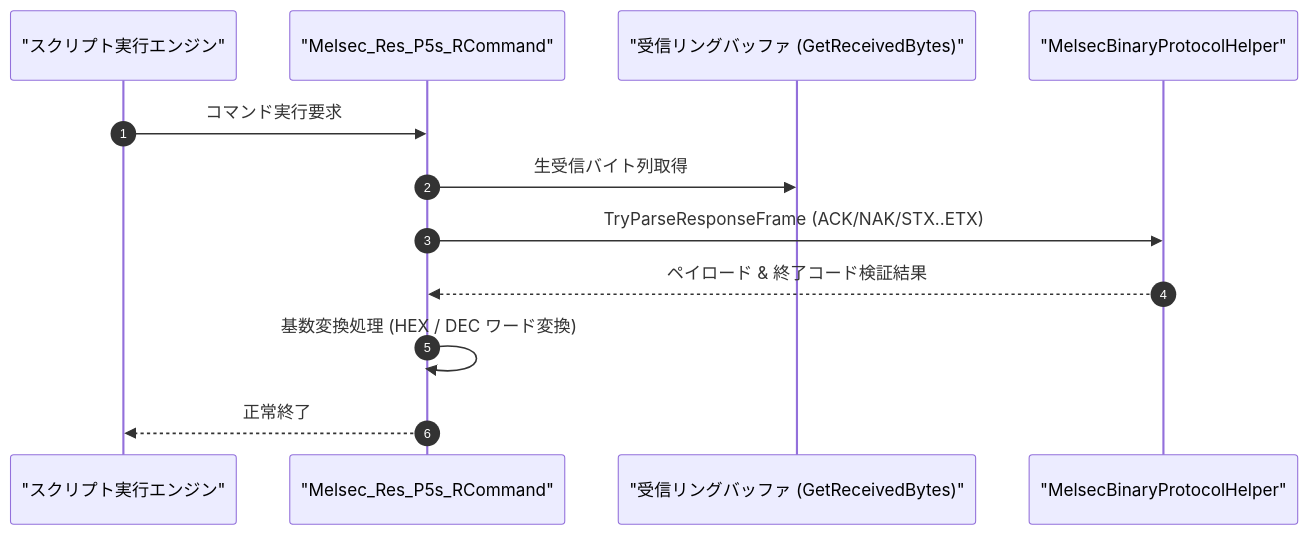
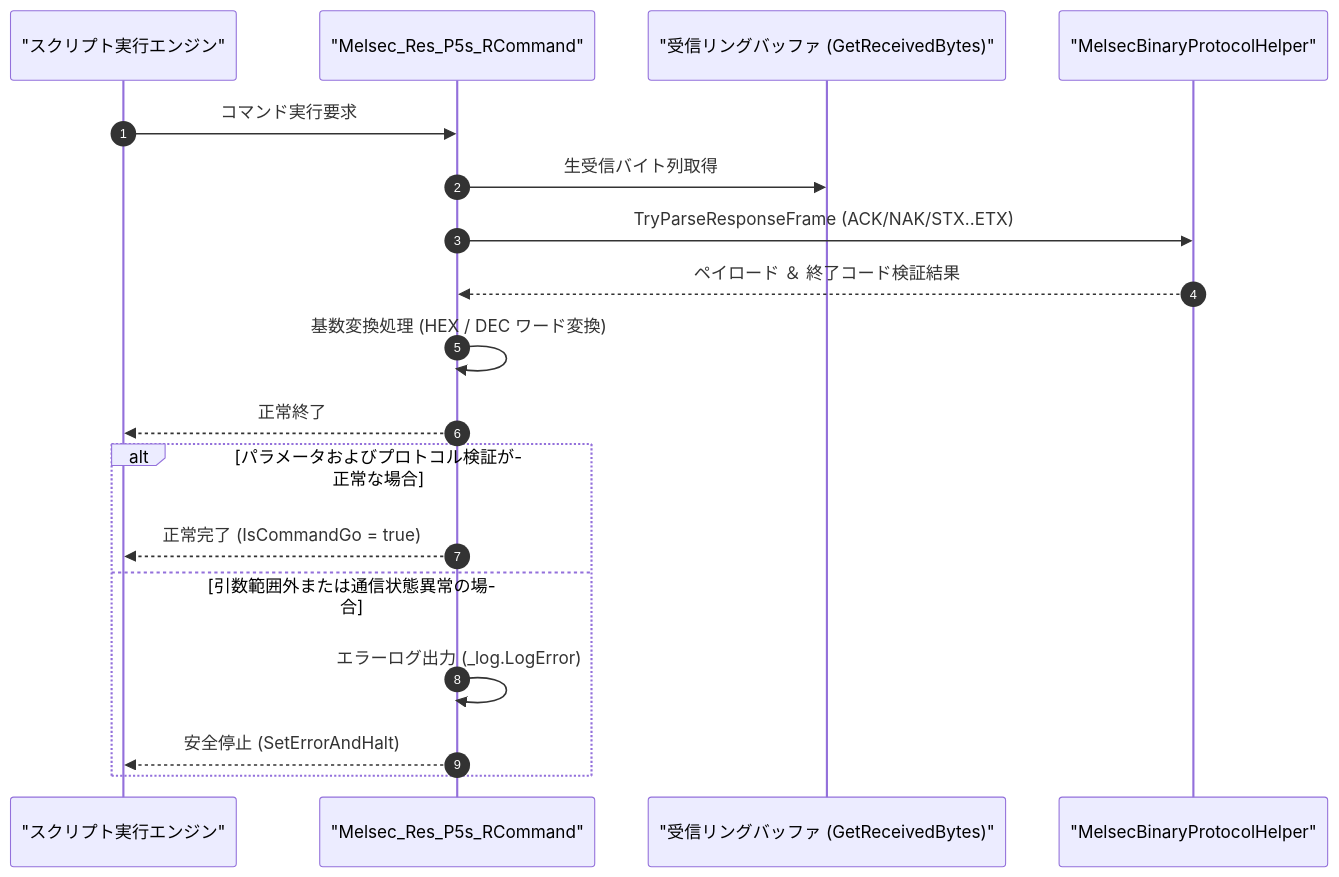
The diagram in Manual/Melco/Melsec_Res_P5s_R.Md (Monaca-App/TermAddIn), drawn with Mermaid before and after one commit. The commit also changed other lines of this file and 37 other files, not shown here.

````diff
--- a/Manual/Melco/Melsec_Res_P5s_R.Md
+++ b/Manual/Melco/Melsec_Res_P5s_R.Md
@@ -43,15 +62,21 @@
 ```mermaid
 sequenceDiagram
     autonumber
     participant Script as "スクリプト実行エンジン"
     participant Cmd as "Melsec_Res_P5s_RCommand"
     participant Buffer as "受信リングバッファ (GetReceivedBytes)"
     participant Helper as "MelsecBinaryProtocolHelper"
 
     Script->>Cmd: コマンド実行要求
     Cmd->>Buffer: 生受信バイト列取得
     Cmd->>Helper: TryParseResponseFrame (ACK/NAK/STX..ETX)
-    Helper-->>Cmd: ペイロード & 終了コード検証結果
+    Helper-->>Cmd: ペイロード ＆ 終了コード検証結果
     Cmd->>Cmd: 基数変換処理 (HEX / DEC ワード変換)
     Cmd-->>Script: 正常終了
+    alt パラメータおよびプロトコル検証が正常な場合
+        Cmd-->>Script: 正常完了 (IsCommandGo = true)
+    else 引数範囲外または通信状態異常の場合
+        Cmd->>Cmd: エラーログ出力 (_log.LogError)
+        Cmd-->>Script: 安全停止 (SetErrorAndHalt)
+    end
 ```
````
